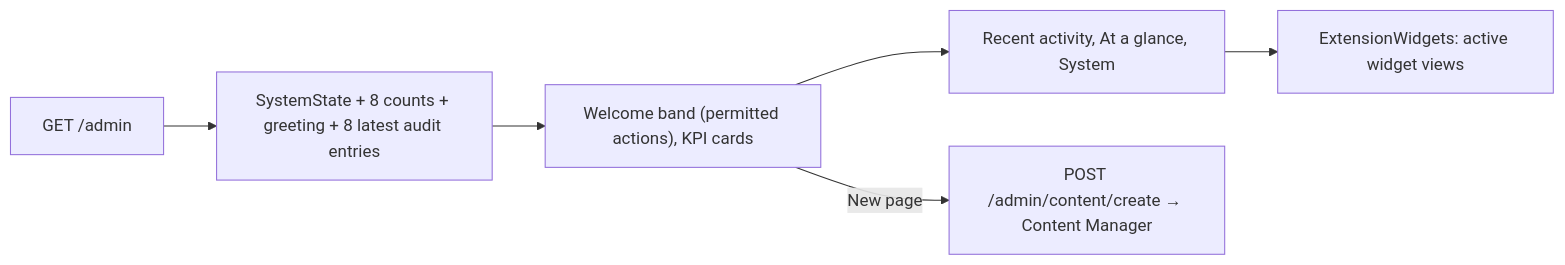
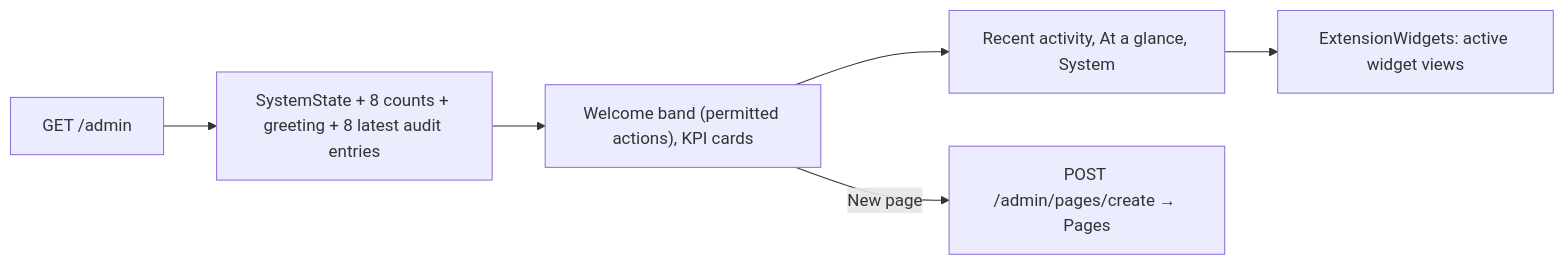
Before and after one commit to Albadit/DotNetForge: the diagram in .docs/pages/dashboard.md, drawn with Mermaid. The commit also changed other lines of this file and 306 other files, not shown here.

Commit message:
add: content manager, content types and api endpoints

````diff
--- a/.docs/pages/dashboard.md
+++ b/.docs/pages/dashboard.md
@@ -172,6 +174,6 @@
 ```mermaid
 flowchart LR
     A["GET /admin"] --> B["SystemState + 8 counts + greeting + 8 latest audit entries"] --> C["Welcome band (permitted actions), KPI cards"]
     C --> D["Recent activity, At a glance, System"] --> W["ExtensionWidgets: active widget views"]
-    C -- "New page" --> P["POST /admin/content/create → Content Manager"]
+    C -- "New page" --> P["POST /admin/pages/create → Pages"]
 ```
````
